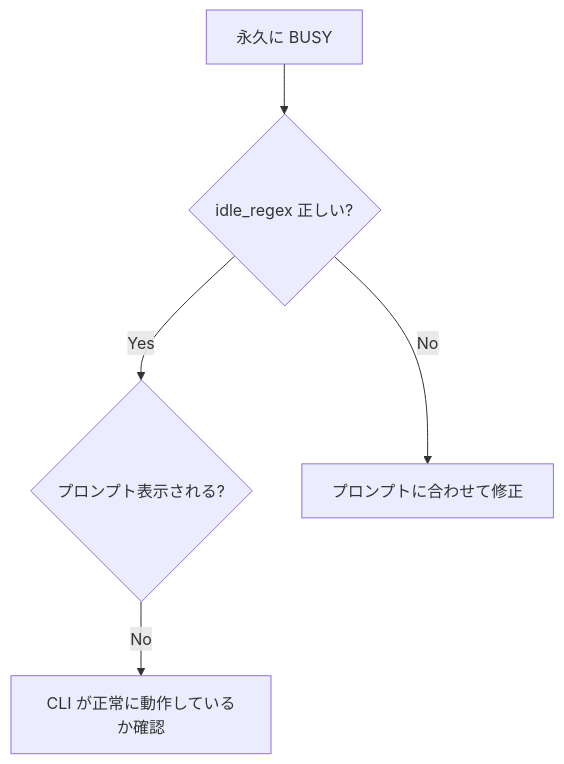
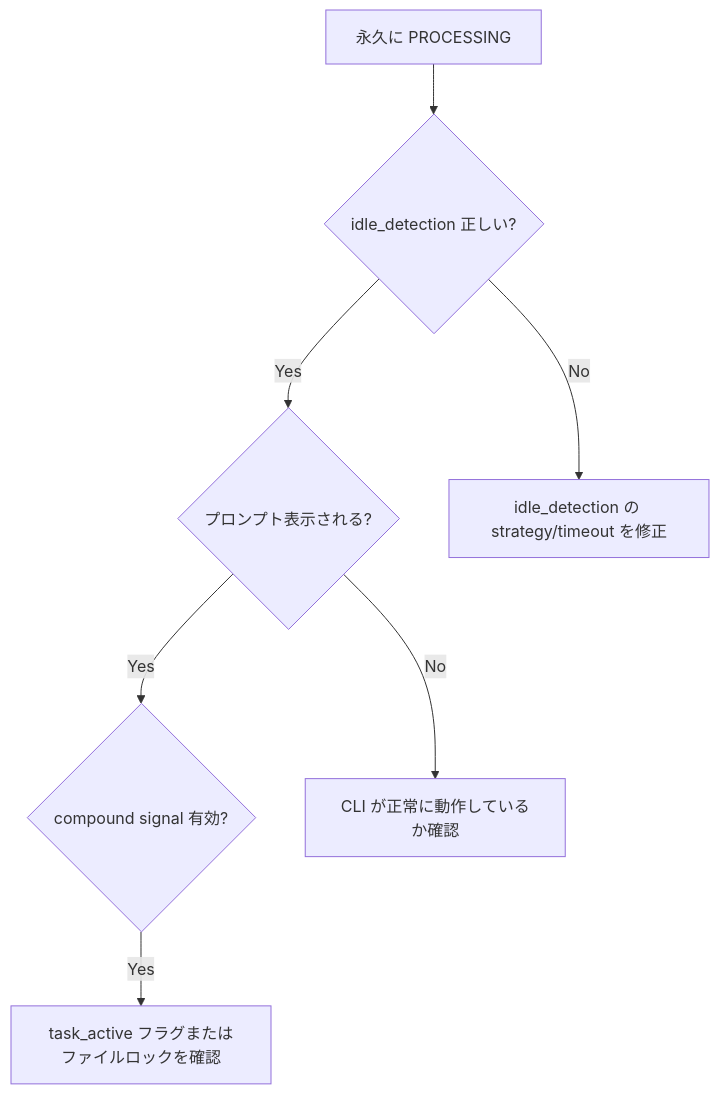
The third of 5 diagrams in guides/troubleshooting.md (s-hiraoku/synapse-a2a), drawn with Mermaid before and after one commit. The commit also changed other lines of this file and 14 other files, not shown here.

````diff
--- a/guides/troubleshooting.md
+++ b/guides/troubleshooting.md
@@ -304,11 +304,14 @@
 ```mermaid
 flowchart TB
-    Problem["永久に BUSY"]
-    Check1{"idle_regex 正しい?"}
+    Problem["永久に PROCESSING"]
+    Check1{"idle_detection 正しい?"}
     Check2{"プロンプト表示される?"}
+    Check3{"compound signal 有効?"}
 
     Problem --> Check1
-    Check1 -->|"No"| Fix1["プロンプトに合わせて修正"]
+    Check1 -->|"No"| Fix1["idle_detection の strategy/timeout を修正"]
     Check1 -->|"Yes"| Check2
     Check2 -->|"No"| Fix2["CLI が正常に動作しているか確認"]
+    Check2 -->|"Yes"| Check3
+    Check3 -->|"Yes"| Fix3["task_active フラグまたはファイルロックを確認"]
 ```
````
